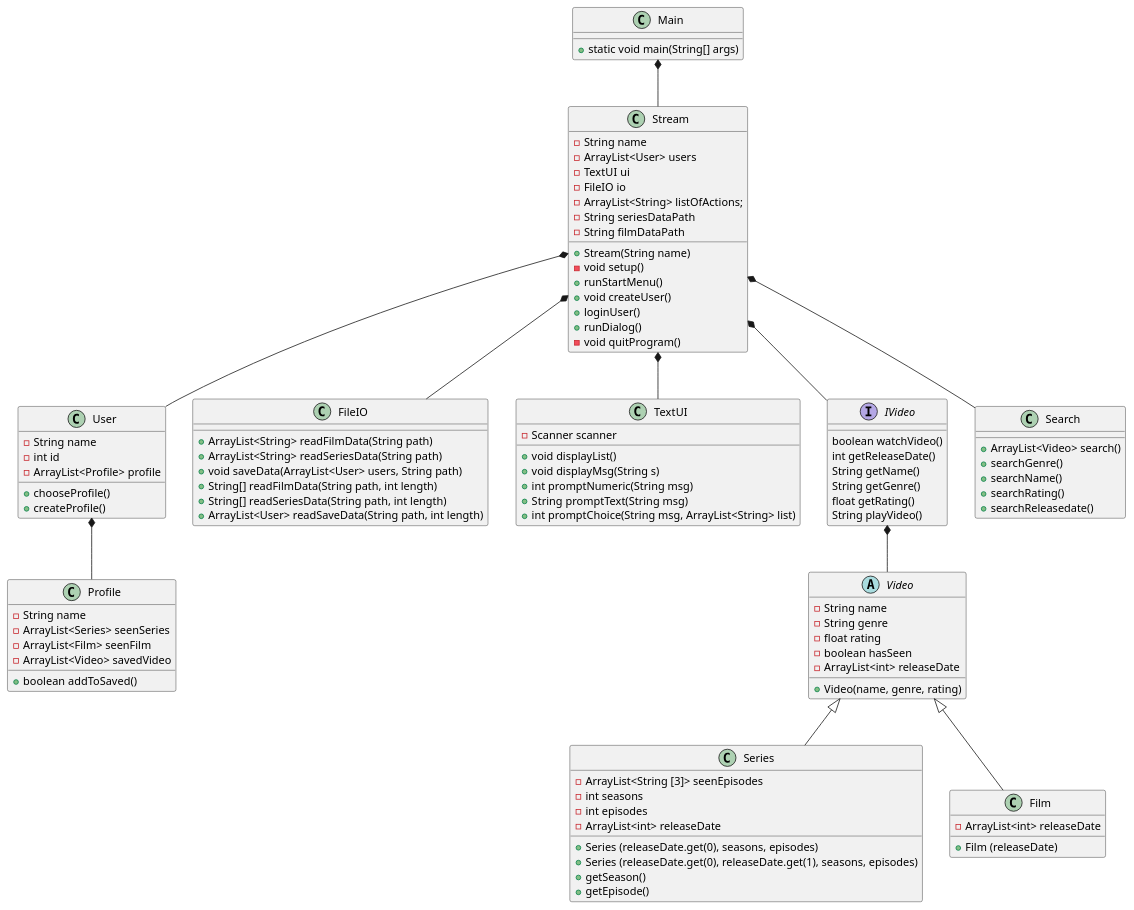
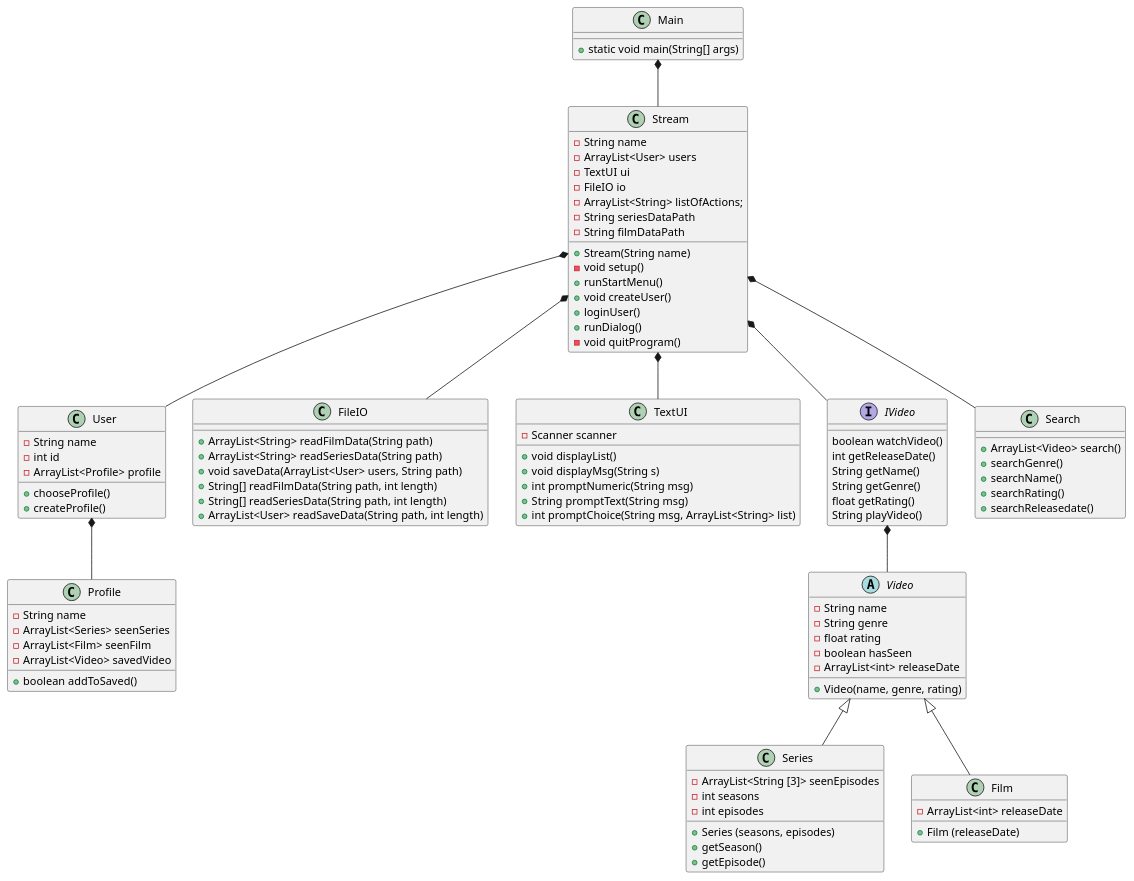
One commit to Gervig/SP3-Gruppe-C changed the diagram in doc/Plan/static/classdiagram.puml. Above: the diagram before and after it, drawn with PlantUML.

```diff
--- a/doc/Plan/static/classdiagram.puml
+++ b/doc/Plan/static/classdiagram.puml
@@ -1,136 +1,132 @@
 @startuml
 'https://plantuml.com/class-diagram
 
 class Main{
 + static void main(String[] args)
 }
 
 class Stream{
 - String name
 'utilities
 - ArrayList<User> users
 - TextUI ui
 - FileIO io
 - ArrayList<String> listOfActions;
 - String seriesDataPath
 - String filmDataPath
 'constructor
 + Stream(String name)
 'methods
 - void setup()
 ' setup er til er at læse data
 + runStartMenu()
 + void createUser()
 ' skal createUser være void? Det er den i matador
 ' createUser skal vel checke om der er andre med det brugernavn
 + loginUser()
 ' skal loginUser være void?
 ' den skal vel checke om der er en user med det username
 + runDialog()
 ' i runDialog kan man vælge at søge
 - void quitProgram()
 }
 
 
 class User{
 -String name
 - int id
 -ArrayList<Profile> profile
 + chooseProfile()
 + createProfile()
 ' skal den checke om den user har en profil med det brugernavn?
 }
 
 class Profile{
 - String name
 - ArrayList<Series> seenSeries
 - ArrayList<Film> seenFilm
 - ArrayList<Video> savedVideo
 + boolean addToSaved()
 'bør disse være under IVideo eller video i stedet?
 
 }
 class FileIO{
 + ArrayList<String> readFilmData(String path)
 + ArrayList<String> readSeriesData(String path)
 + void saveData(ArrayList<User> users, String path)
 + String[] readFilmData(String path, int length)
 + String[] readSeriesData(String path, int length)
 + ArrayList<User> readSaveData(String path, int length)
 }
 
 class TextUI{
 - Scanner scanner
 + void displayList()
 + void displayMsg(String s)
 + int promptNumeric(String msg)
 + String promptText(String msg)
 + int promptChoice(String msg, ArrayList<String> list)
 }
 
 interface IVideo {
 boolean watchVideo()
 int getReleaseDate()
 String getName()
 String getGenre()
 float getRating()
 String playVideo()
 }
 
 abstract Class Video{
 - String name
 - String genre
 - float rating
 - boolean hasSeen
 - ArrayList<int> releaseDate
 'constructor
 + Video(name, genre, rating)
 }
 
 class Series{
 - ArrayList<String [3]> seenEpisodes
 - int seasons
 - int episodes
-- ArrayList<int> releaseDate
-'constructor - hvis serien ikke er slut
-+ Series (releaseDate.get(0), seasons, episodes)
-'constructor - hvis serien er afsluttet
-+ Series (releaseDate.get(0), releaseDate.get(1), seasons, episodes)
++ Series (seasons, episodes)
 + getSeason()
 + getEpisode()
 }
 
 class Film {
 - ArrayList<int> releaseDate
 'constructor
 + Film (releaseDate)
 }
 
 
 class Search{
 + ArrayList<Video> search()
 'methods til de forskellige søgemuligheder
 ' Skal disse returnere objekterne fra video?
 + searchGenre()
 + searchName()
 + searchRating()
 + searchReleasedate()
 'skal vi have funktioner der kun søger blandt serier og film adskilt?
 }
 
 IVideo *-- Video
 
 Video <|-- Series
 Video <|-- Film
 
 User *-- Profile
 
 Main *-- Stream
 
 Stream *-- User
 Stream *-- FileIO
 Stream *-- TextUI
 Stream *-- IVideo
 Stream *-- Search
 
 @enduml
```
